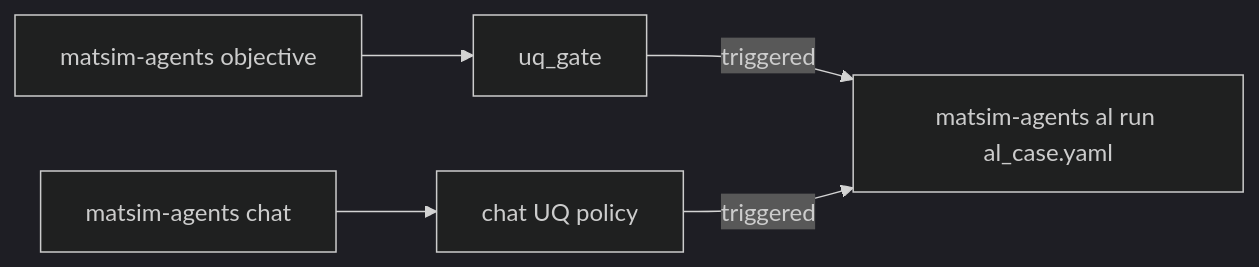
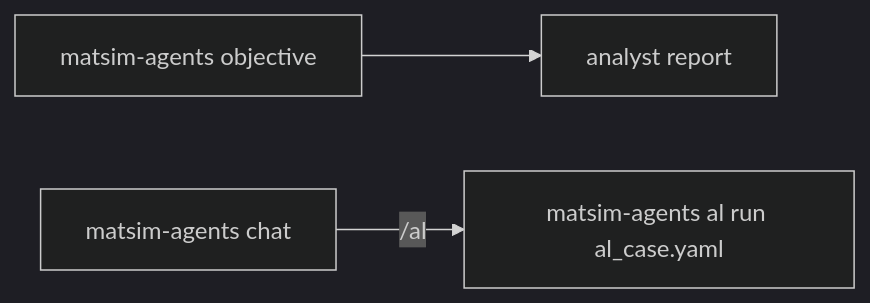
The diagram in examples/paper_cases/README.md (ORNL/matsim-agents), drawn with Mermaid (dark theme) before and after one commit. The commit also changed other lines of this file and 115 other files, not shown here.

````diff
--- a/examples/paper_cases/README.md
+++ b/examples/paper_cases/README.md
@@ -38,7 +37,5 @@
 ```mermaid
 flowchart LR
-  RG[matsim-agents objective] --> RU[uq_gate]
-  CH[matsim-agents chat] --> CQ[chat UQ policy]
-  RU -->|triggered| AL[matsim-agents al run al_case.yaml]
-  CQ -->|triggered| AL
+  RG[matsim-agents objective] --> AN[analyst report]
+  CH[matsim-agents chat] -->|/al| AL[matsim-agents al run al_case.yaml]
 ```
````
